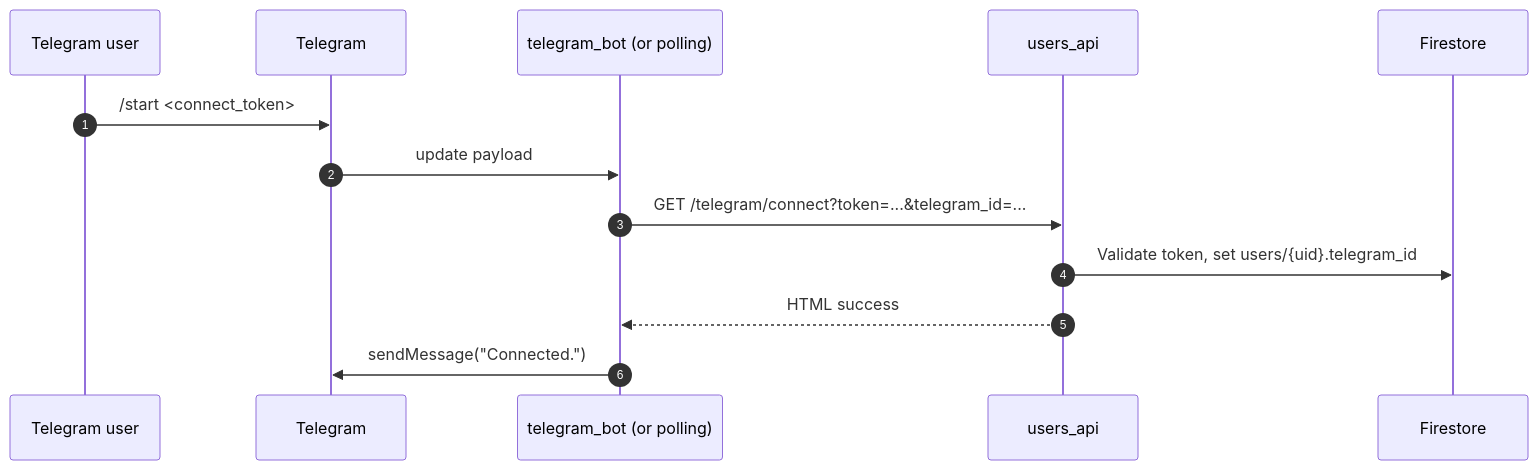
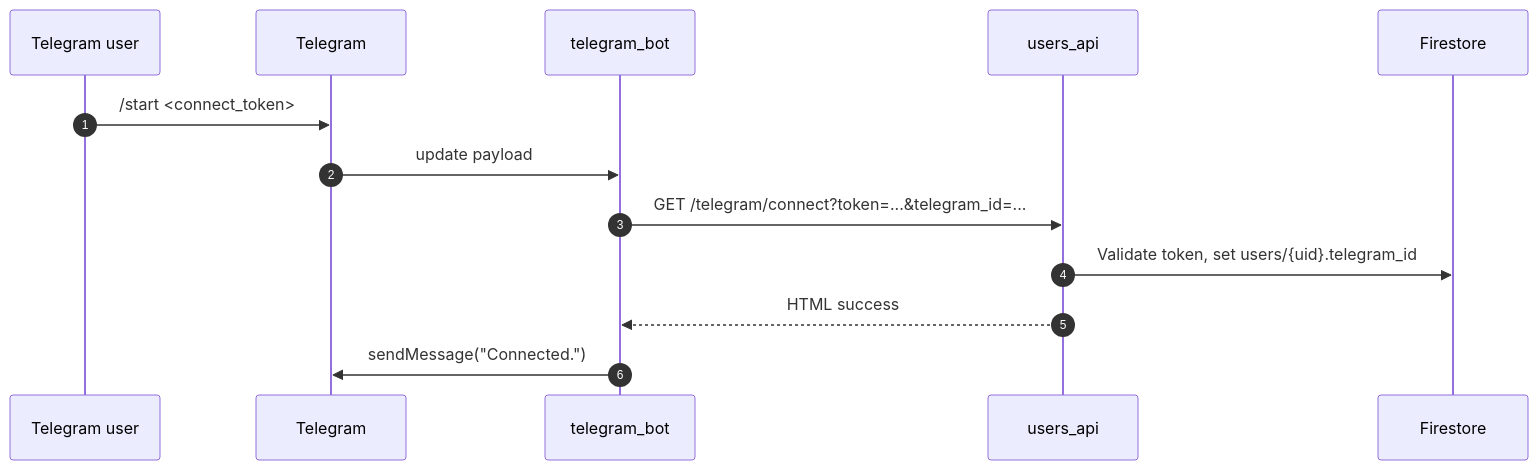
Before and after one commit to IuriiRR/MonoProjectCloud: the sixth of 8 diagrams in docs/arc42.md, drawn with Mermaid. The commit also changed other lines of this file and 53 other files, not shown here.

````diff
--- a/docs/arc42.md
+++ b/docs/arc42.md
@@ -360,16 +345,16 @@
 ```mermaid
 sequenceDiagram
   autonumber
   participant U as Telegram user
   participant TG as Telegram
-  participant Bot as telegram_bot (or polling)
+  participant Bot as telegram_bot
   participant UA as users_api
   participant FS as Firestore
 
   U->>TG: /start <connect_token>
   TG->>Bot: update payload
   Bot->>UA: GET /telegram/connect?token=...&telegram_id=...
   UA->>FS: Validate token, set users/{uid}.telegram_id
   UA-->>Bot: HTML success
   Bot->>TG: sendMessage("Connected.")
 ```
````
